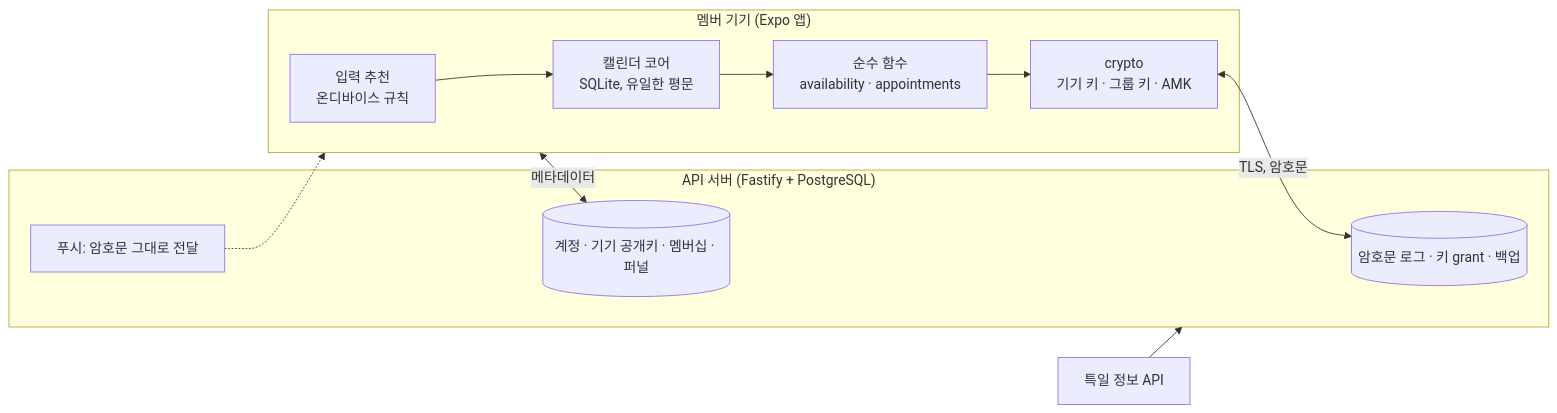
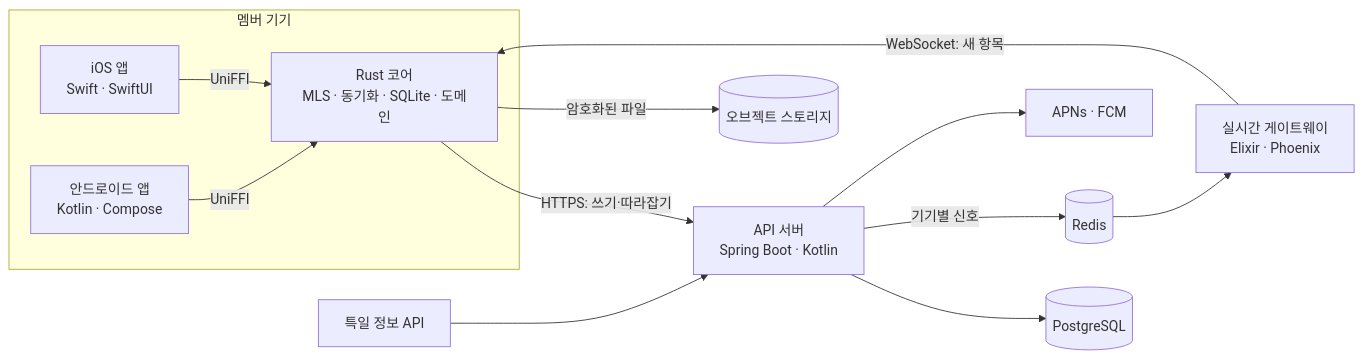
The diagram in docs/kickoff.md (LeeDongHyun00/geunal-eottae), drawn with Mermaid before and after one commit. The commit also changed other lines of this file and 7 other files, not shown here.

````diff
--- a/docs/kickoff.md
+++ b/docs/kickoff.md
@@ -89,19 +109,25 @@
 ```mermaid
 flowchart LR
-  subgraph phone["멤버 기기 (Expo 앱)"]
-    sugg["입력 추천<br/>온디바이스 규칙"]
-    cal["캘린더 코어<br/>SQLite, 유일한 평문"]
-    core["순수 함수<br/>availability · appointments"]
-    crypto["crypto<br/>기기 키 · 그룹 키 · AMK"]
-    sugg --> cal --> core --> crypto
+  subgraph device["멤버 기기"]
+    ios["iOS 앱<br/>Swift · SwiftUI"]
+    android["안드로이드 앱<br/>Kotlin · Compose"]
+    core["Rust 코어<br/>MLS · 동기화 · SQLite · 도메인"]
+    ios -->|UniFFI| core
+    android -->|UniFFI| core
   end
-  subgraph server["API 서버 (Fastify + PostgreSQL)"]
-    blobs[("암호문 로그 · 키 grant · 백업")]
-    meta[("계정 · 기기 공개키 · 멤버십 · 퍼널")]
-    push["푸시: 암호문 그대로 전달"]
-  end
-  crypto <-->|"TLS, 암호문"| blobs
-  phone <-->|"메타데이터"| meta
-  push -.-> phone
-  holidays["특일 정보 API"] --> server
+  api["API 서버<br/>Spring Boot · Kotlin"]
+  gw["실시간 게이트웨이<br/>Elixir · Phoenix"]
+  pg[("PostgreSQL")]
+  redis[("Redis")]
+  s3[("오브젝트 스토리지")]
+  push["APNs · FCM"]
+  holidays["특일 정보 API"]
+  core -->|"HTTPS: 쓰기·따라잡기"| api
+  gw -->|"WebSocket: 새 항목"| core
+  core -->|"암호화된 파일"| s3
+  api --> pg
+  api -->|"기기별 신호"| redis
+  redis --> gw
+  api --> push
+  holidays --> api
 ```
````
